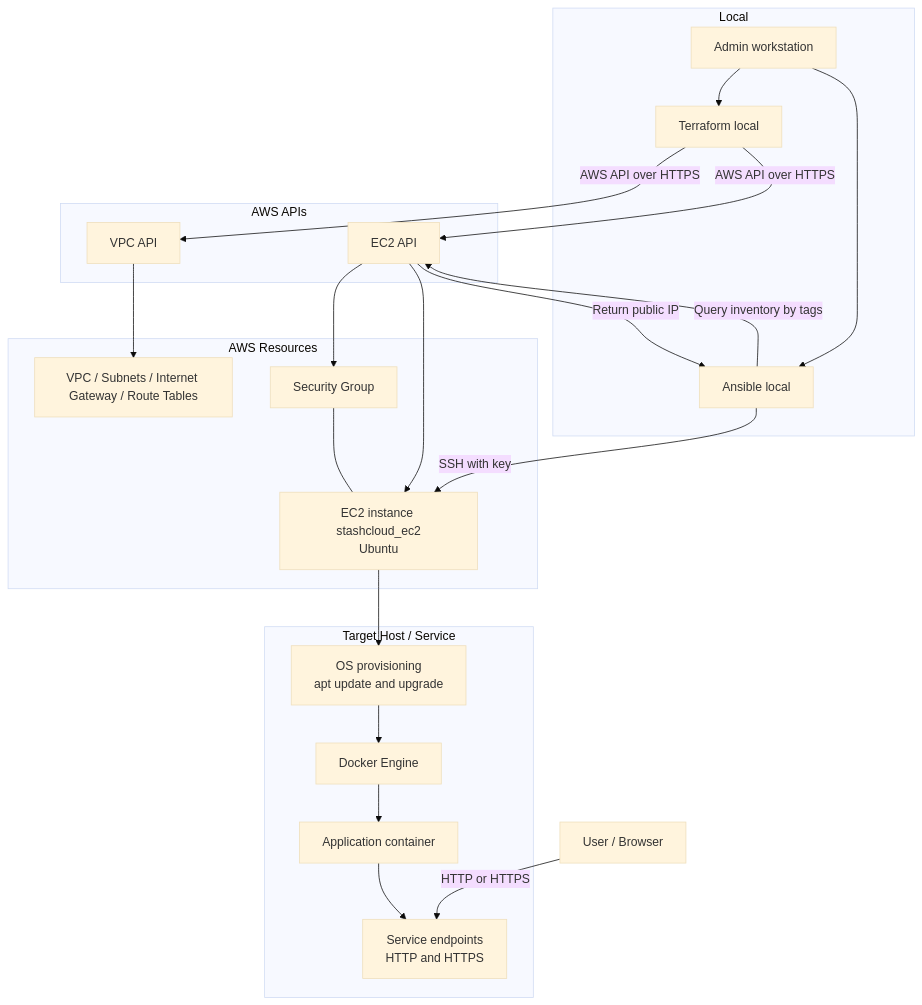
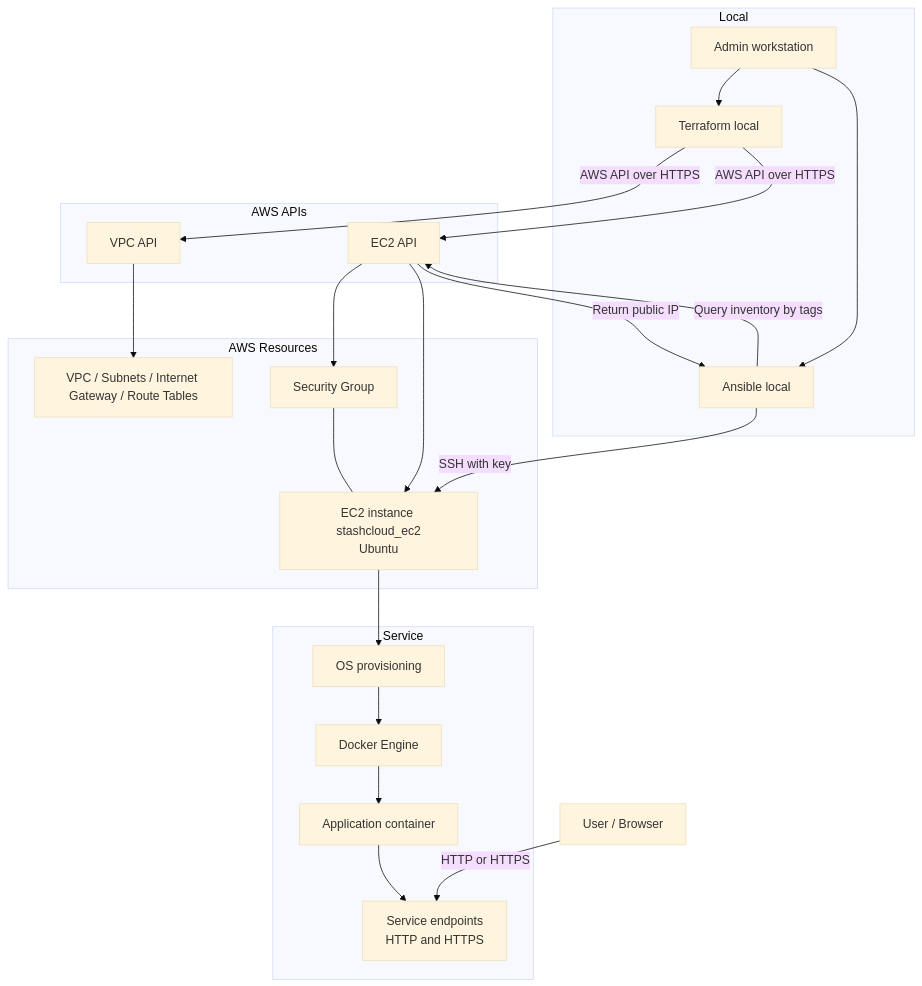
One commit to gsiegwald/stashcloud changed the second of 2 diagrams in README.md. Above: the diagram before and after it, drawn with Mermaid (base theme). The commit also changed other lines of this file, not shown here.

````diff
--- a/README.md
+++ b/README.md
@@ -73,41 +73,41 @@
 ```mermaid
 ---
 config:
   layout: default
 ---
 flowchart TB
   subgraph L["Local"]
     U["Admin workstation"]
     TF["Terraform local"]
     ANS["Ansible local"]
   end
 
   subgraph CP["AWS APIs"]
     VPCAPI["VPC API"]
     EC2API["EC2 API"]
   end
 
   subgraph DP["AWS Resources"]
     VPC["VPC / Subnets / Internet Gateway / Route Tables"]
     SG["Security Group"]
     EC2["EC2 instance stashcloud_ec2\nUbuntu"]
   end
 
-  subgraph APP["Target Host / Service"]
-    OS["OS provisioning\napt update and upgrade"]
+  subgraph APP["Service"]
+    OS["OS provisioning"]
     DOCKER["Docker Engine"]
     CT["Application container"]
     EP["Service endpoints <br>HTTP and HTTPS"]
   end
 
   U --> TF & ANS
   TF -- AWS API over HTTPS --> VPCAPI & EC2API
   VPCAPI --> VPC
   EC2API --> SG & EC2
   SG --- EC2
   ANS -- Query inventory by tags --> EC2API
   EC2API -- Return public IP --> ANS
   ANS -- SSH with key --> EC2
   EC2 --> OS --> DOCKER --> CT --> EP
   B["User / Browser"] -- HTTP or HTTPS --> EP
 ```
````
